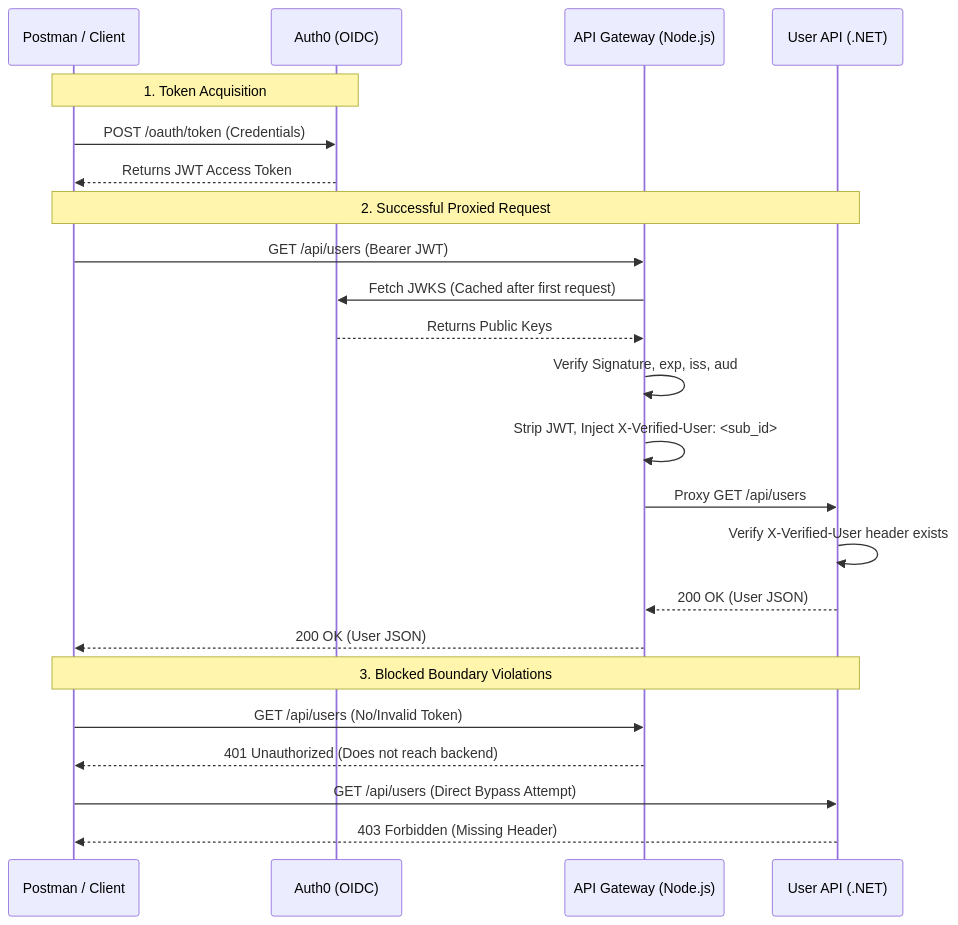
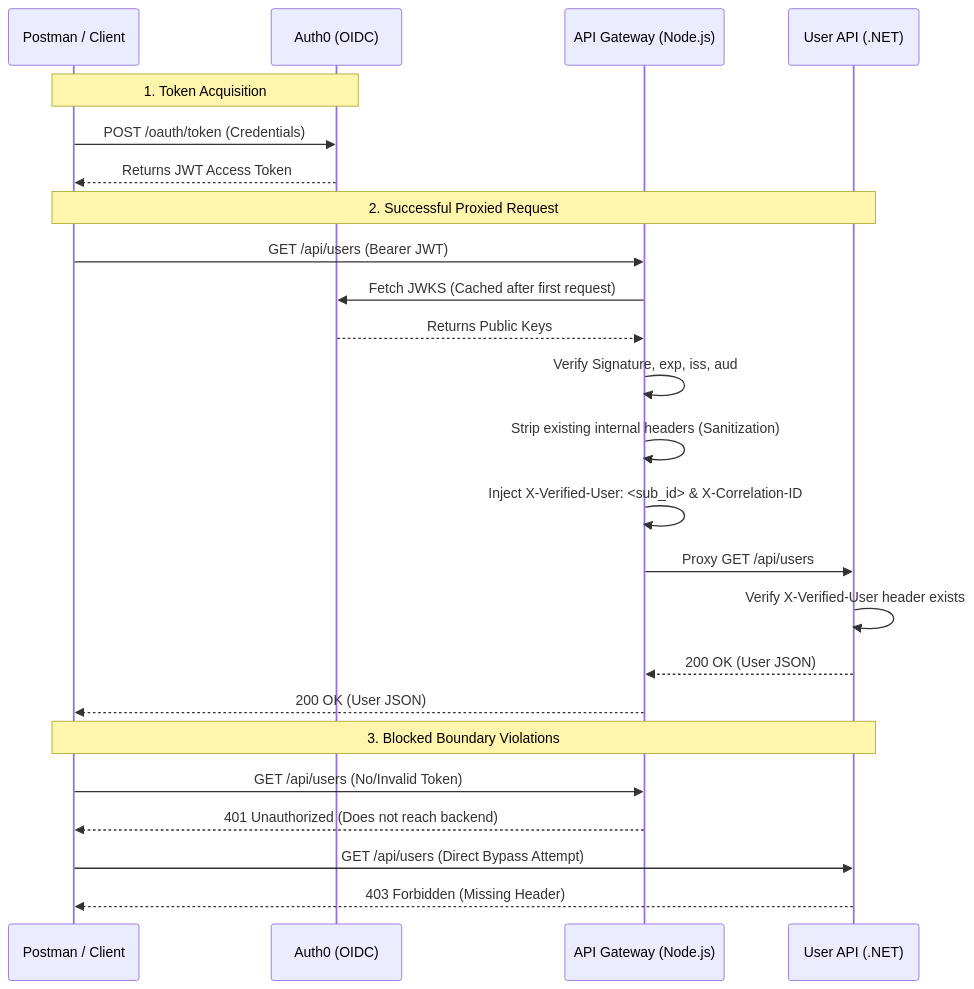
One commit to TShepherd-dev/NDIA-Challenge changed the diagram in README.md. Above: the diagram before and after it, drawn with Mermaid. The commit also changed other lines of this file, not shown here.

Commit message:
docs(README): reorganize project structure and enhance architectural decisions section for clarity

````diff
--- a/README.md
+++ b/README.md
@@ -14,29 +22,30 @@
 ```mermaid
 sequenceDiagram
     participant Client as Postman / Client
     participant IdP as Auth0 (OIDC)
     participant GW as API Gateway (Node.js)
     participant API as User API (.NET)
 
     Note over Client, IdP: 1. Token Acquisition
     Client->>IdP: POST /oauth/token (Credentials)
     IdP-->>Client: Returns JWT Access Token
 
     Note over Client, API: 2. Successful Proxied Request
     Client->>GW: GET /api/users (Bearer JWT)
     GW->>IdP: Fetch JWKS (Cached after first request)
     IdP-->>GW: Returns Public Keys
     GW->>GW: Verify Signature, exp, iss, aud
-    GW->>GW: Strip JWT, Inject X-Verified-User: <sub_id>
+    GW->>GW: Strip existing internal headers (Sanitization)
+    GW->>GW: Inject X-Verified-User: <sub_id> & X-Correlation-ID
     GW->>API: Proxy GET /api/users
     API->>API: Verify X-Verified-User header exists
     API-->>GW: 200 OK (User JSON)
     GW-->>Client: 200 OK (User JSON)
 
     Note over Client, API: 3. Blocked Boundary Violations
     Client->>GW: GET /api/users (No/Invalid Token)
     GW-->>Client: 401 Unauthorized (Does not reach backend)
     
     Client->>API: GET /api/users (Direct Bypass Attempt)
     API-->>Client: 403 Forbidden (Missing Header)
 ```
````
